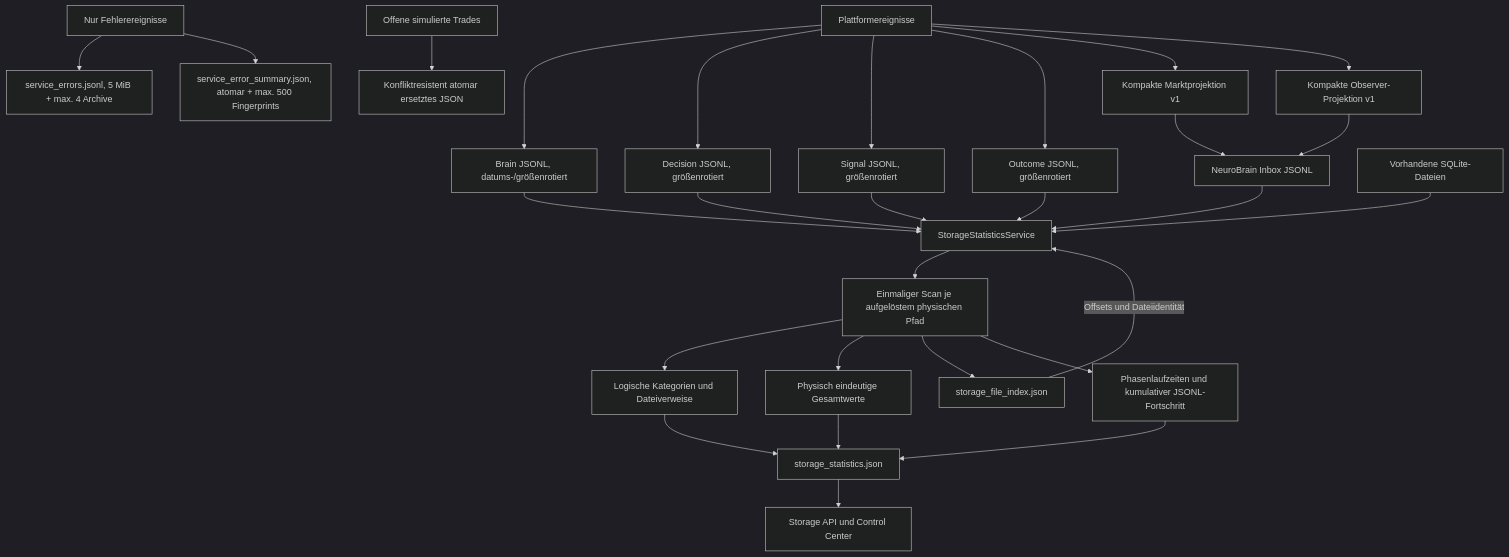
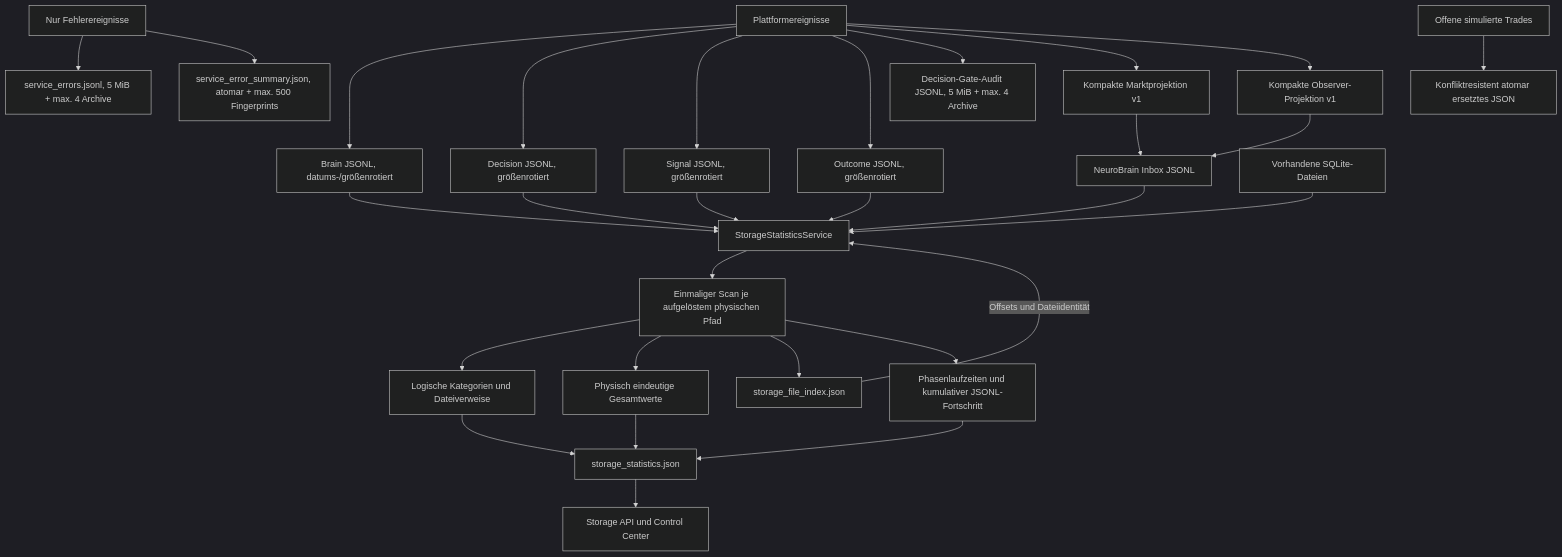
Before and after one commit to cRioshy/Pando: the third of 7 diagrams in docs/ARCHITECTURE.md, drawn with Mermaid (dark theme). The commit also changed other lines of this file and 18 other files, not shown here.

Commit message:
Integrate decision gate audit observer

````diff
--- a/docs/ARCHITECTURE.md
+++ b/docs/ARCHITECTURE.md
@@ -119,25 +126,26 @@
 ```mermaid
 flowchart TD
     EVENTS["Plattformereignisse"] --> BRAIN["Brain JSONL, datums-/größenrotiert"]
     EVENTS --> DEC["Decision JSONL, größenrotiert"]
     EVENTS --> SIG["Signal JSONL, größenrotiert"]
     EVENTS --> OUT["Outcome JSONL, größenrotiert"]
+    EVENTS --> GATE["Decision-Gate-Audit JSONL, 5 MiB + max. 4 Archive"]
     EVENTS --> MP["Kompakte Marktprojektion v1"]
     EVENTS --> OP["Kompakte Observer-Projektion v1"]
     MP --> NEURO["NeuroBrain Inbox JSONL"]
     OP --> NEURO
     ERRORS["Nur Fehlerereignisse"] --> ERRLOG["service_errors.jsonl, 5 MiB + max. 4 Archive"]
     ERRORS --> ERRSUM["service_error_summary.json, atomar + max. 500 Fingerprints"]
     OPEN["Offene simulierte Trades"] --> JSON["Konfliktresistent atomar ersetztes JSON"]
     BRAIN & DEC & SIG & OUT & NEURO --> SCAN["StorageStatisticsService"]
     SQLITE["Vorhandene SQLite-Dateien"] --> SCAN
     SCAN --> UNIQUE["Einmaliger Scan je aufgelöstem physischen Pfad"]
     UNIQUE --> LOGICAL["Logische Kategorien und Dateiverweise"]
     UNIQUE --> PHYSICAL["Physisch eindeutige Gesamtwerte"]
     UNIQUE --> INDEX["storage_file_index.json"]
     UNIQUE --> METRICS["Phasenlaufzeiten und kumulativer JSONL-Fortschritt"]
     LOGICAL & PHYSICAL --> SNAP["storage_statistics.json"]
     METRICS --> SNAP
     INDEX -->|"Offsets und Dateiidentität"| SCAN
     SNAP --> API["Storage API und Control Center"]
 ```
````
